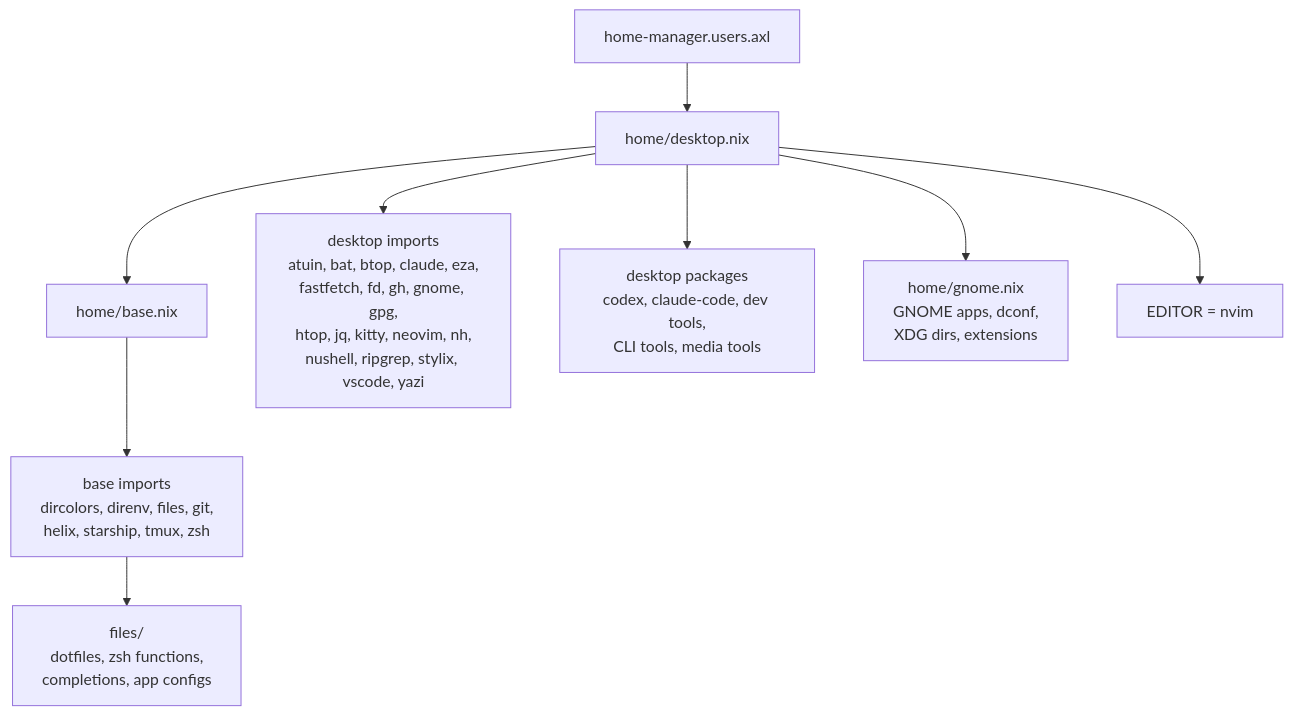
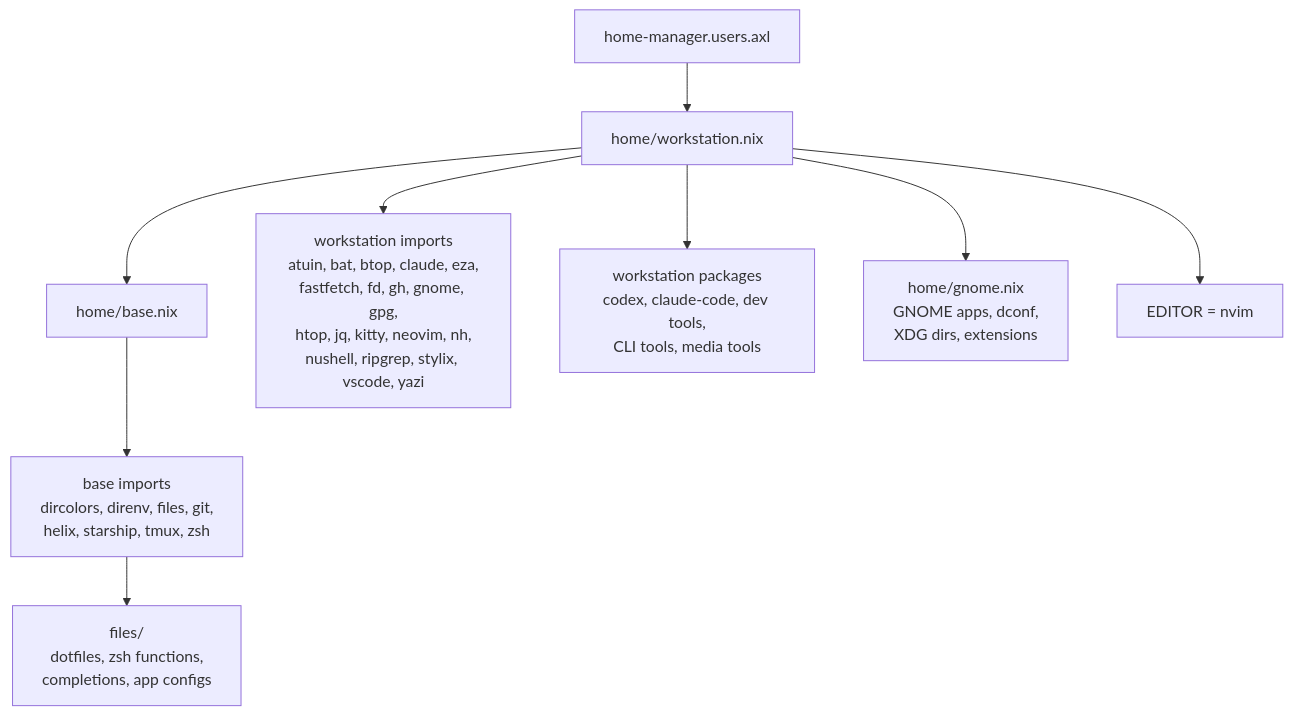
One commit to axler8r/nixotic changed the sixth of 8 diagrams in docs/workstation-configuration-route.md. Above: the diagram before and after it, drawn with Mermaid. The commit also changed other lines of this file and 5 other files, not shown here.

````diff
--- a/docs/workstation-configuration-route.md
+++ b/docs/workstation-configuration-route.md
@@ -268,22 +291,22 @@
 ```mermaid
 flowchart TD
     HM["home-manager.users.axl"]
-    Desktop["home/desktop.nix"]
+    Desktop["home/workstation.nix"]
     HomeBase["home/base.nix"]
 
-    DesktopImports["desktop imports\natuin, bat, btop, claude, eza,\nfastfetch, fd, gh, gnome, gpg,\nhtop, jq, kitty, neovim, nh,\nnushell, ripgrep, stylix, vscode, yazi"]
+    DesktopImports["workstation imports\natuin, bat, btop, claude, eza,\nfastfetch, fd, gh, gnome, gpg,\nhtop, jq, kitty, neovim, nh,\nnushell, ripgrep, stylix, vscode, yazi"]
     BaseImports["base imports\ndircolors, direnv, files, git,\nhelix, starship, tmux, zsh"]
-    DesktopPackages["desktop packages\ncodex, claude-code, dev tools,\nCLI tools, media tools"]
+    DesktopPackages["workstation packages\ncodex, claude-code, dev tools,\nCLI tools, media tools"]
     GnomeUser["home/gnome.nix\nGNOME apps, dconf,\nXDG dirs, extensions"]
     Files["files/\ndotfiles, zsh functions,\ncompletions, app configs"]
     Editor["EDITOR = nvim"]
 
     HM --> Desktop
     Desktop --> HomeBase
     Desktop --> DesktopImports
     Desktop --> DesktopPackages
     Desktop --> GnomeUser
     Desktop --> Editor
     HomeBase --> BaseImports
     BaseImports --> Files
 ```
````
